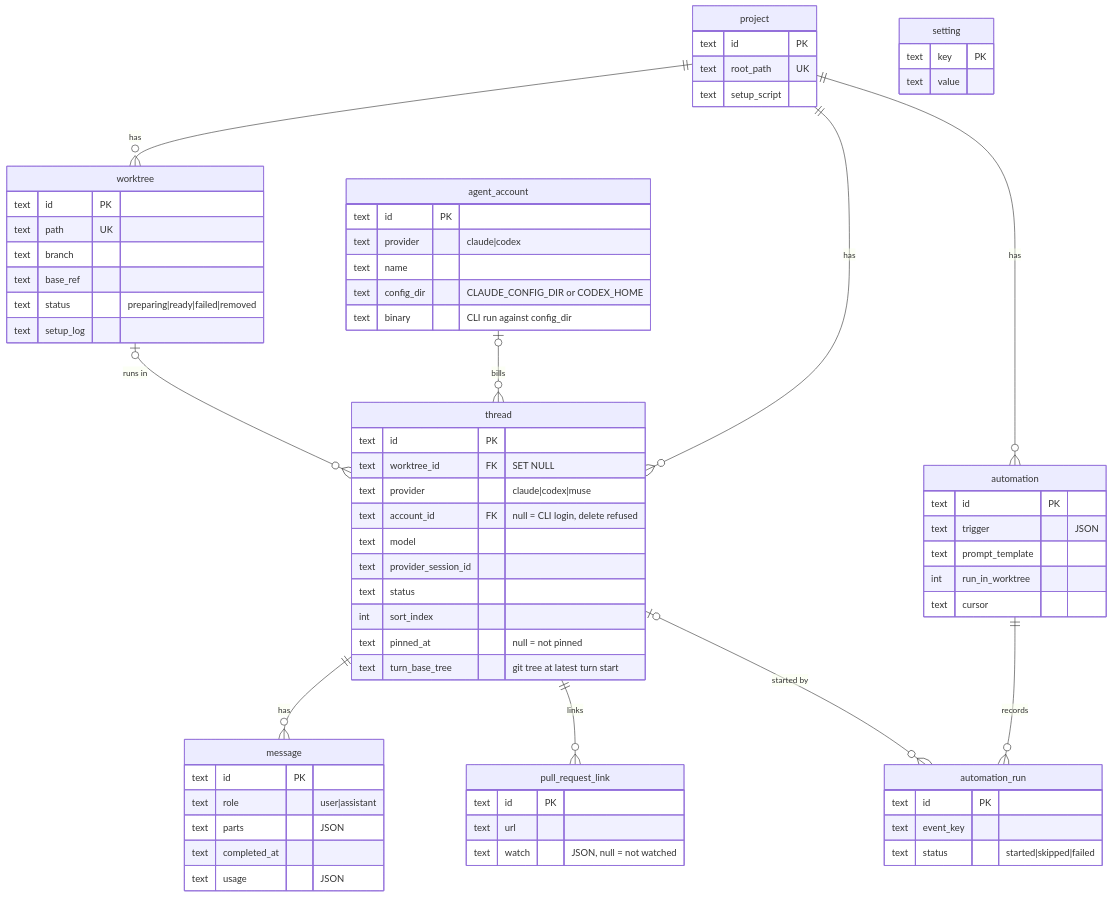
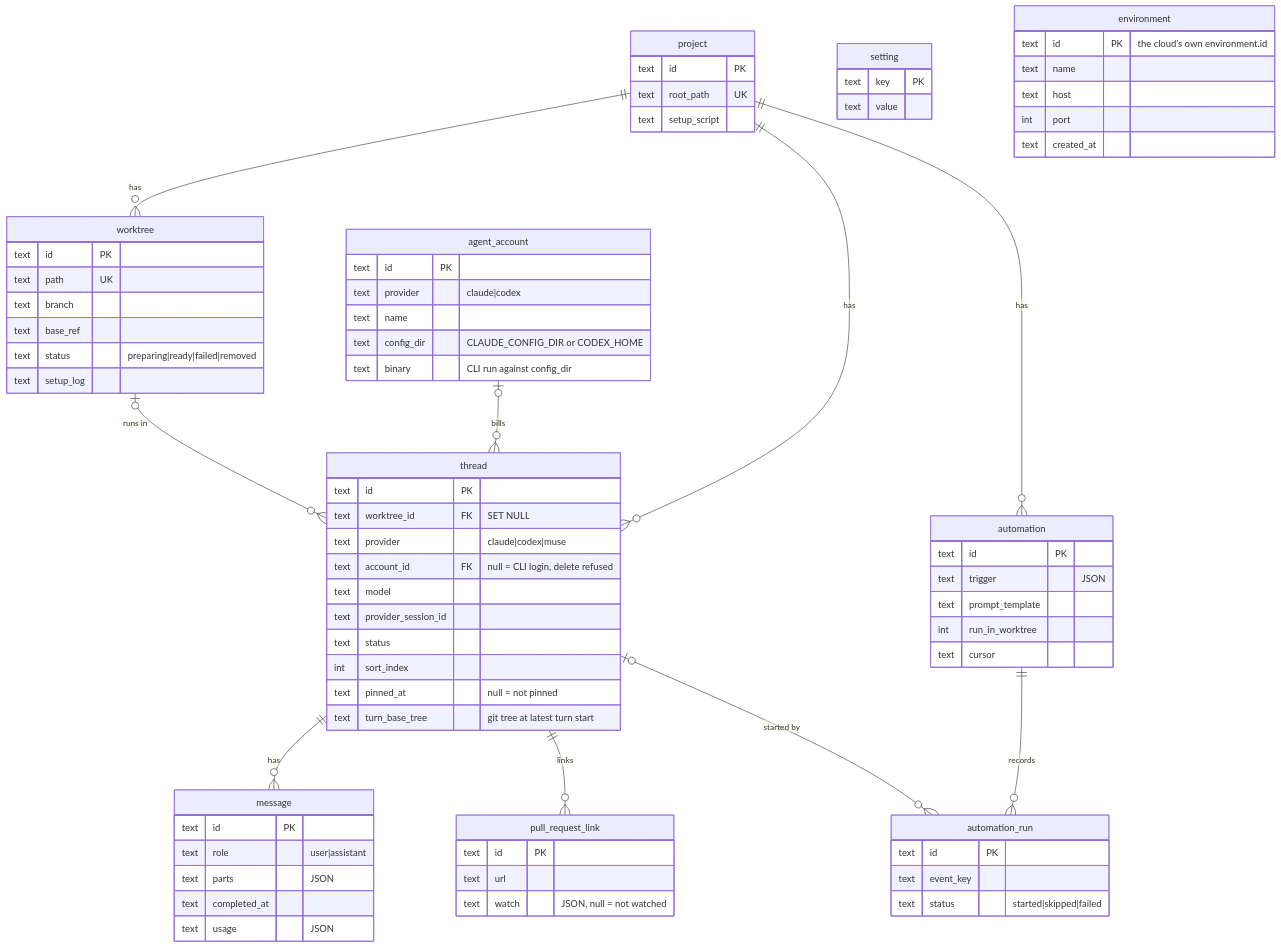
Diagram 12 of 17 in docs/arch.md (hinadev-ai/hinacode), drawn with Mermaid before and after one commit. The commit also changed other lines of this file and 77 other files, not shown here.

````diff
--- a/docs/arch.md
+++ b/docs/arch.md
@@ -323,73 +342,80 @@
 ```mermaid
 erDiagram
   project ||--o{ worktree : has
   project ||--o{ thread : has
   project ||--o{ automation : has
   worktree |o--o{ thread : "runs in"
   thread ||--o{ message : has
   thread ||--o{ pull_request_link : links
   automation ||--o{ automation_run : records
   thread |o--o{ automation_run : "started by"
   agent_account |o--o{ thread : "bills"
 
   project {
     text id PK
     text root_path UK
     text setup_script
   }
   worktree {
     text id PK
     text path UK
     text branch
     text base_ref
     text status "preparing|ready|failed|removed"
     text setup_log
   }
   thread {
     text id PK
     text worktree_id FK "SET NULL"
     text provider "claude|codex|muse"
     text account_id FK "null = CLI login, delete refused"
     text model
     text provider_session_id
     text status
     int sort_index
     text pinned_at "null = not pinned"
     text turn_base_tree "git tree at latest turn start"
   }
   message {
     text id PK
     text role "user|assistant"
     text parts "JSON"
     text completed_at
     text usage "JSON"
   }
   automation {
     text id PK
     text trigger "JSON"
     text prompt_template
     int run_in_worktree
     text cursor
   }
   pull_request_link {
     text id PK
     text url
     text watch "JSON, null = not watched"
   }
   automation_run {
     text id PK
     text event_key
     text status "started|skipped|failed"
   }
   setting {
     text key PK
     text value
   }
+  environment {
+    text id PK "the cloud's own environment.id"
+    text name
+    text host
+    int port
+    text created_at
+  }
   agent_account {
     text id PK
     text provider "claude|codex"
     text name
     text config_dir "CLAUDE_CONFIG_DIR or CODEX_HOME"
     text binary "CLI run against config_dir"
   }
 ```
````
